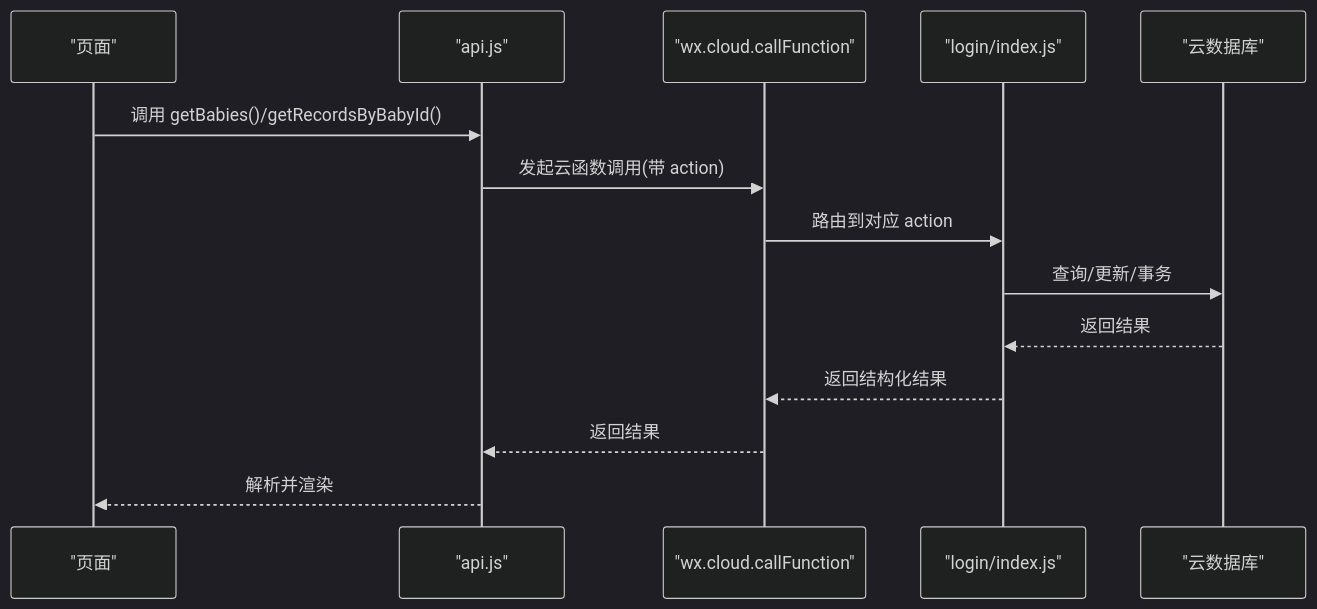
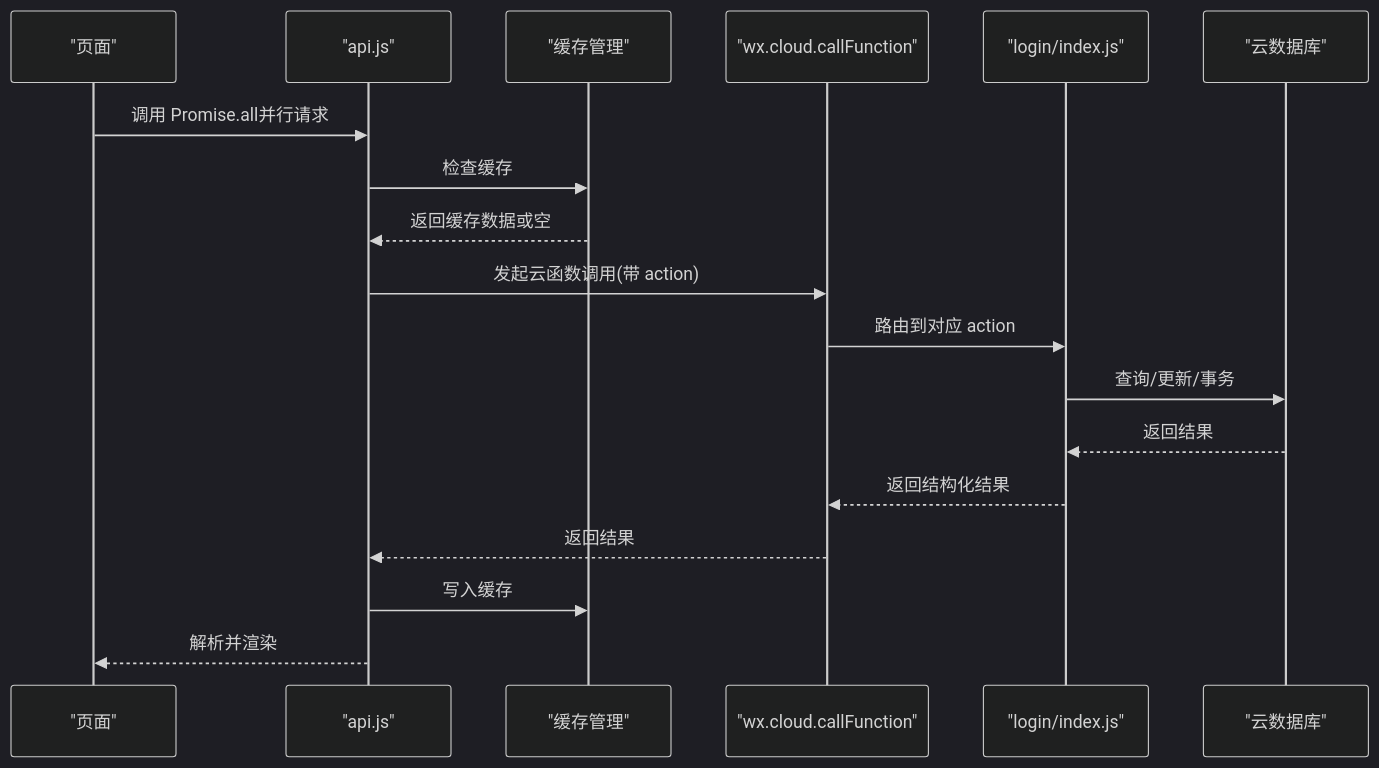
Before and after one commit to zhangxin19911211-creator/Project_BabyAssistant: the second of 8 diagrams in .qoder/repowiki/zh/content/性能优化/网络请求优化.md, drawn with Mermaid (dark theme). The commit also changed other lines of this file and 24 other files, not shown here.

````diff
--- a/.qoder/repowiki/zh/content/性能优化/网络请求优化.md
+++ b/.qoder/repowiki/zh/content/性能优化/网络请求优化.md
@@ -90,16 +102,20 @@
 ```mermaid
 sequenceDiagram
 participant Page as "页面"
 participant API as "api.js"
+participant Cache as "缓存管理"
 participant Cloud as "wx.cloud.callFunction"
 participant Func as "login/index.js"
 participant DB as "云数据库"
-Page->>API : 调用 getBabies()/getRecordsByBabyId()
+Page->>API : 调用 Promise.all并行请求
+API->>Cache : 检查缓存
+Cache-->>API : 返回缓存数据或空
 API->>Cloud : 发起云函数调用(带 action)
 Cloud->>Func : 路由到对应 action
 Func->>DB : 查询/更新/事务
 DB-->>Func : 返回结果
 Func-->>Cloud : 返回结构化结果
 Cloud-->>API : 返回结果
+API->>Cache : 写入缓存
 API-->>Page : 解析并渲染
 ```
````
